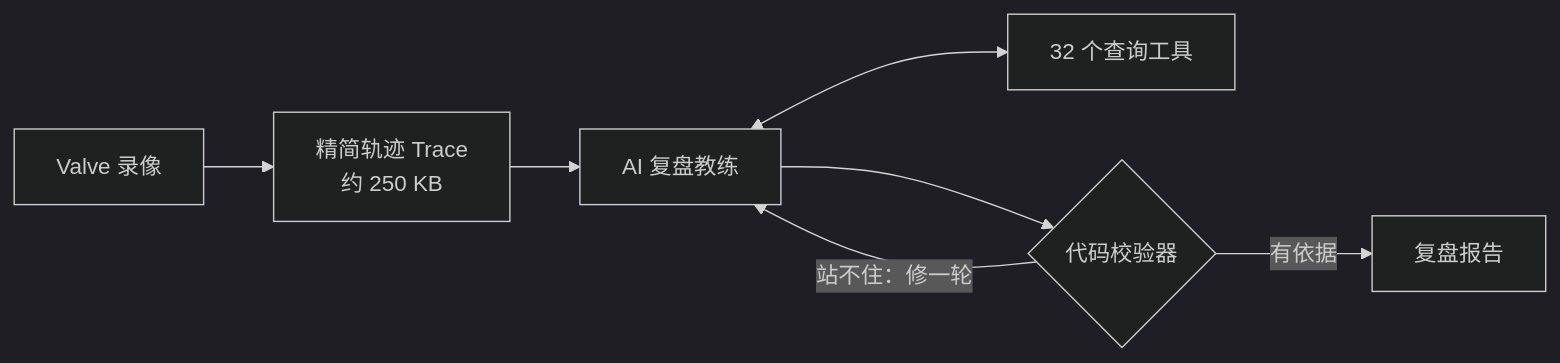
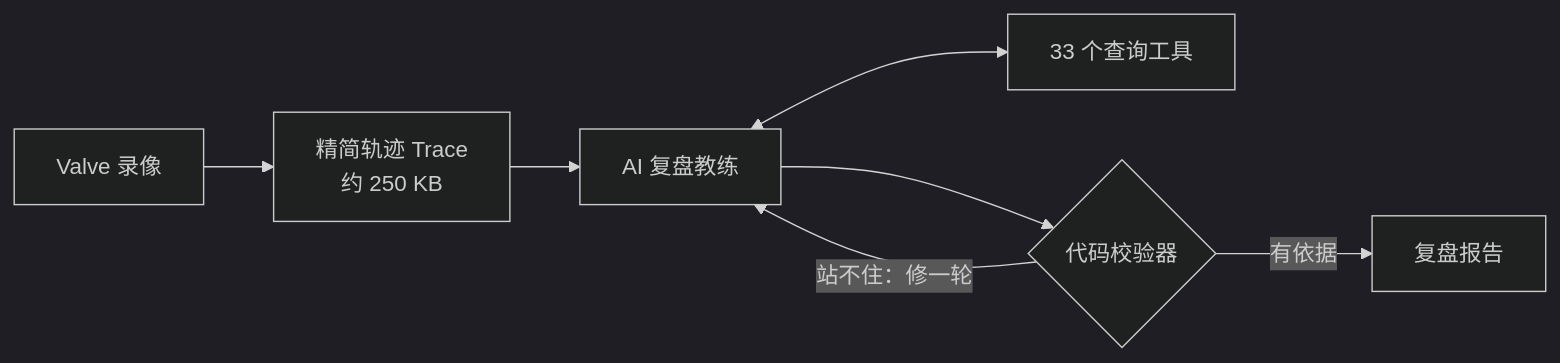
Before and after one commit to qianhaoq/dota2.ai: the diagram in README.zh-CN.md, drawn with Mermaid (dark theme). The commit also changed other lines of this file and 28 other files, not shown here.

````diff
--- a/README.zh-CN.md
+++ b/README.zh-CN.md
@@ -152,9 +152,9 @@
 ```mermaid
 flowchart LR
     R["Valve 录像"] --> T["精简轨迹 Trace<br/>约 250 KB"]
     T --> A["AI 复盘教练"]
-    A <--> L["32 个查询工具"]
+    A <--> L["33 个查询工具"]
     A --> V{"代码校验器"}
     V -- "站不住：修一轮" --> A
     V -- "有依据" --> D["复盘报告"]
 ```
````
